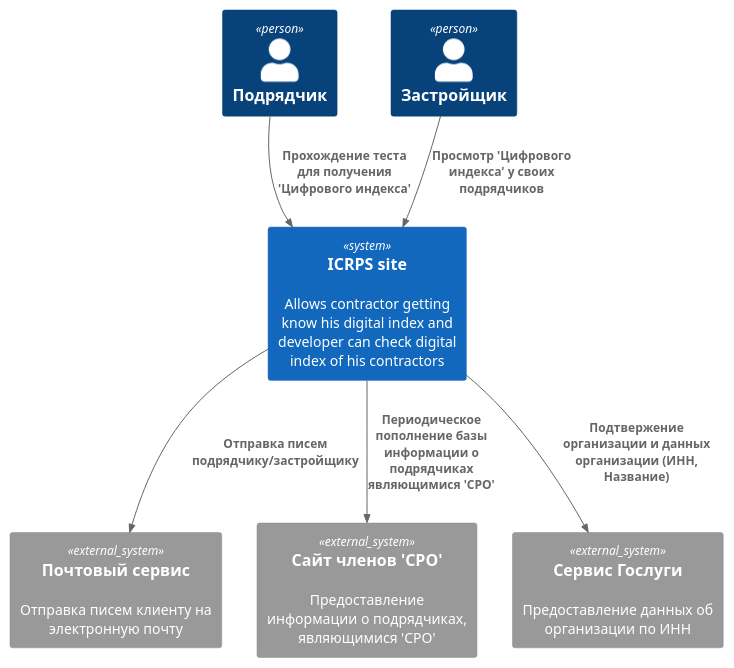
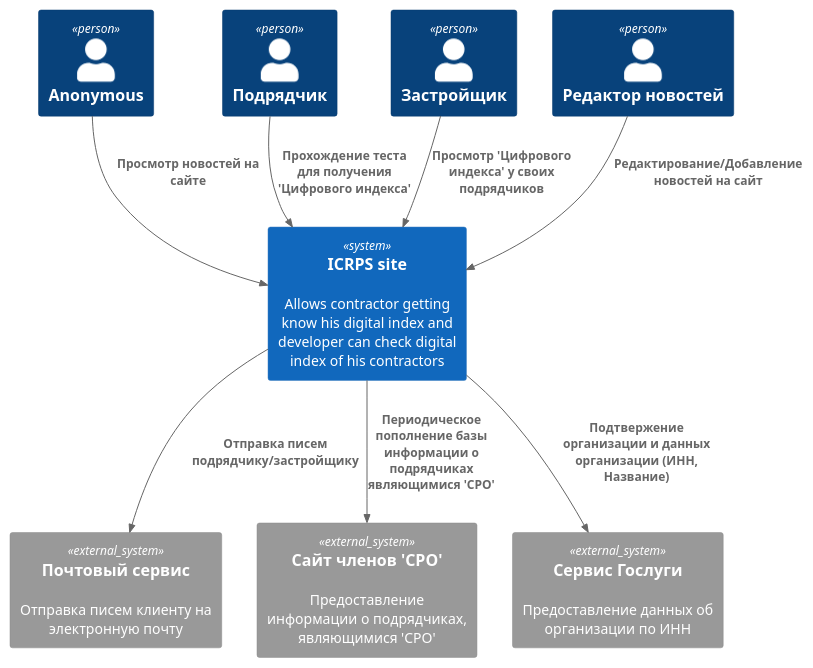
The diagram in docs/c4/1-context.puml (UsingCoding/ICRPS-docs), drawn with PlantUML before and after one commit. The commit also changed 5 other files, not shown here.

```diff
--- a/docs/c4/1-context.puml
+++ b/docs/c4/1-context.puml
@@ -1,19 +1,23 @@
 @startuml context-level
 !include https://raw.githubusercontent.com/plantuml-stdlib/C4-PlantUML/master/C4_Context.puml
 
+Person(user_anonymous, "Anonymous")
 Person(user_contractor, "Подрядчик")
 Person(user_developer, "Застройщик")
+Person(user_news_editor, "Редактор новостей")
 
 System(system_site, "ICRPS site", "Allows contractor getting know his digital index and developer can check digital index of his contractors")
 
 System_Ext(system_email, "Почтовый сервис", "Отправка писем клиенту на электронную почту")
 System_Ext(system_sro_site, "Сайт членов 'СРО'", "Предоставление информации о подрядчиках, являющимися 'СРО'")
 System_Ext(system_esia, "Сервис Гослуги", "Предоставление данных об организации по ИНН")
 
+Rel(user_anonymous, system_site, "Просмотр новостей на сайте")
 Rel(user_contractor, system_site, "Прохождение теста для получения 'Цифрового индекса'")
 Rel(user_developer, system_site, "Просмотр 'Цифрового индекса' у своих подрядчиков")
+Rel(user_news_editor, system_site, "Редактирование/Добавление новостей на сайт")
 Rel(system_site, system_email, "Отправка писем подрядчику/застройщику")
 Rel(system_site, system_sro_site, "Периодическое пополнение базы информации о подрядчиках являющимися 'СРО'")
 Rel(system_site, system_esia, "Подтвержение организации и данных организации (ИНН, Название)")
 
 @enduml
```
